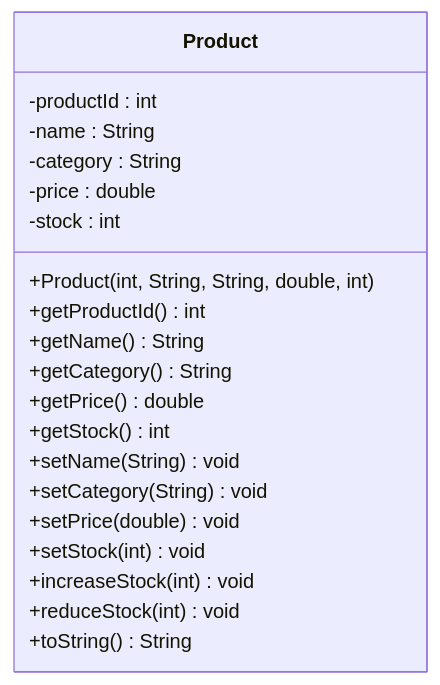
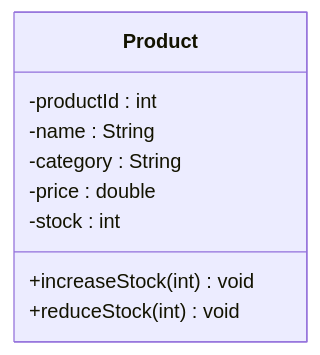
Before and after one commit to jayani-athukorala/java-oop-exercise: the fourth of 5 diagrams in README.md, drawn with Mermaid. The commit also changed other lines of this file, not shown here.

Commit message:
remove getters setters from uml

````diff
--- a/README.md
+++ b/README.md
@@ -81,23 +61,12 @@
 ```mermaid
 classDiagram
     class Product {
         -productId : int
         -name : String
         -category : String
         -price : double
         -stock : int
-        +Product(int, String, String, double, int)
-        +getProductId() int
-        +getName() String
-        +getCategory() String
-        +getPrice() double
-        +getStock() int
-        +setName(String) void
-        +setCategory(String) void
-        +setPrice(double) void
-        +setStock(int) void
         +increaseStock(int) void
         +reduceStock(int) void
-        +toString() String
     }
 ```
````
